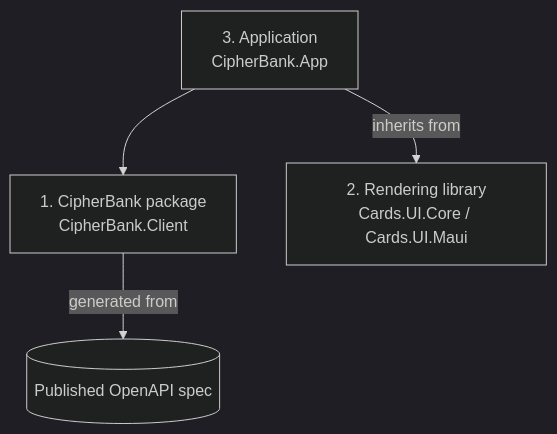
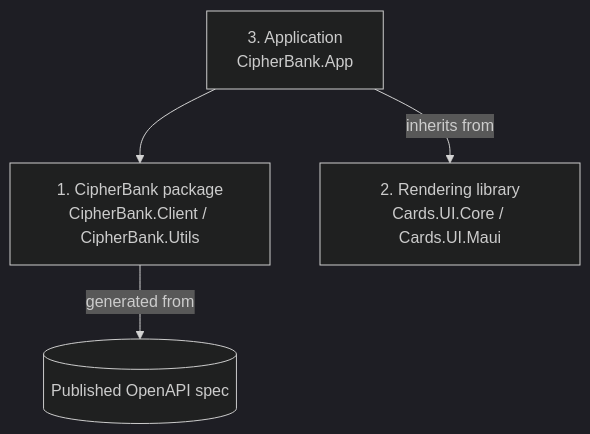
One commit to CB-st/CipherBank-App changed the diagram in docs/architecture/ARCHITECTURE.md. Above: the diagram before and after it, drawn with Mermaid (dark theme). The commit also changed other lines of this file, not shown here.

Commit message:
docs: fold Connor's package/branch answers and one-live-challenge constraint into architecture

````diff
--- a/docs/architecture/ARCHITECTURE.md
+++ b/docs/architecture/ARCHITECTURE.md
@@ -9,10 +11,10 @@
 ```mermaid
 flowchart TB
     App["3. Application<br/>CipherBank.App"]
-    Client["1. CipherBank package<br/>CipherBank.Client"]
+    Client["1. CipherBank package<br/>CipherBank.Client / CipherBank.Utils"]
     UI["2. Rendering library<br/>Cards.UI.Core / Cards.UI.Maui"]
     Spec[("Published OpenAPI spec")]
     App --> Client
     App -->|inherits from| UI
     Client -->|generated from| Spec
 ```
````
